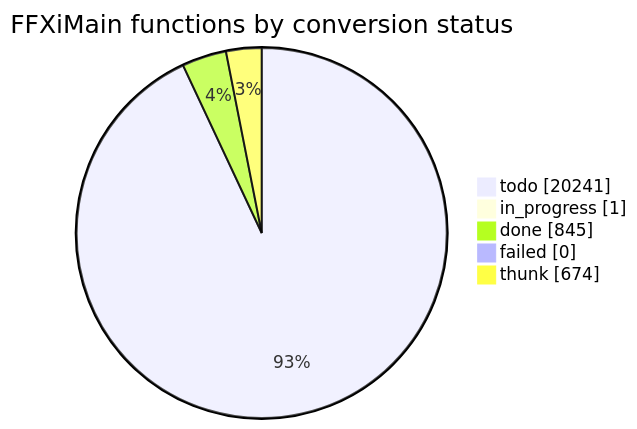
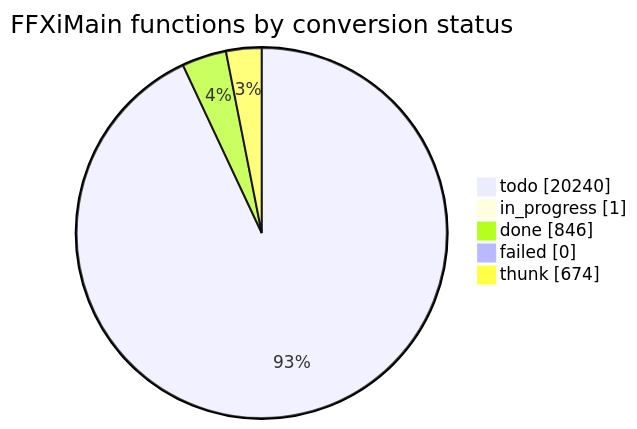
Before and after one commit to cowrevenge/cow_kuluu_xi_anything: the diagram in docs/cow/STATUS.md, drawn with Mermaid. The commit also changed other lines of this file and 9 other files, not shown here.

````diff
--- a/docs/cow/STATUS.md
+++ b/docs/cow/STATUS.md
@@ -18,9 +18,9 @@
 ```mermaid
 pie showData
     title FFXiMain functions by conversion status
-    "todo" : 20241
+    "todo" : 20240
     "in_progress" : 1
-    "done" : 845
+    "done" : 846
     "failed" : 0
     "thunk" : 674
 ```
````
